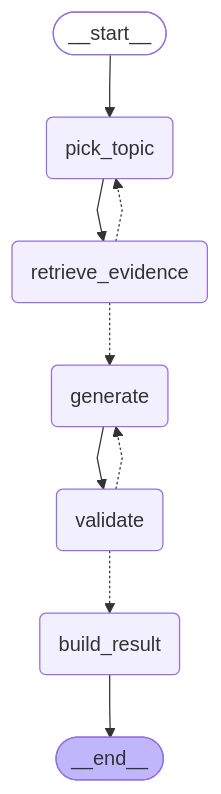
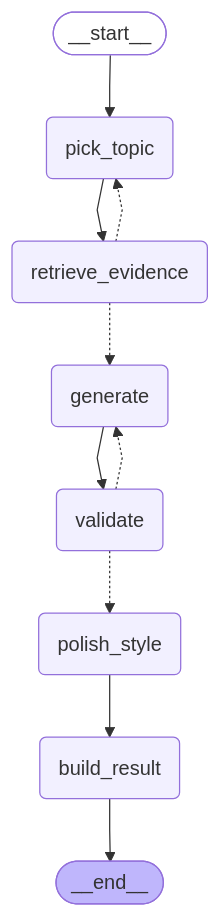
The diagram in src/interview/strategy/README.md (cen-interview/cen-interview-backend), drawn with Mermaid before and after one commit. The commit also changed other lines of this file and 6 other files, not shown here.

````diff
--- a/src/interview/strategy/README.md
+++ b/src/interview/strategy/README.md
@@ -21,26 +21,28 @@
 ```mermaid
 ---
 config:
   flowchart:
     curve: linear
 ---
 graph TD;
         __start__([<p>__start__</p>]):::first
         pick_topic(pick_topic)
         retrieve_evidence(retrieve_evidence)
         generate(generate)
         validate(validate)
+        polish_style(polish_style)
         build_result(build_result)
         __end__([<p>__end__</p>]):::last
         __start__ --> pick_topic;
         generate --> validate;
         pick_topic --> retrieve_evidence;
         retrieve_evidence -.-> generate;
         retrieve_evidence -.-> pick_topic;
-        validate -.-> build_result;
+        validate -.-> polish_style;
         validate -.-> generate;
+        polish_style --> build_result;
         build_result --> __end__;
         classDef default fill:#f2f0ff,line-height:1.2
         classDef first fill-opacity:0
         classDef last fill:#bfb6fc
 ```
````
